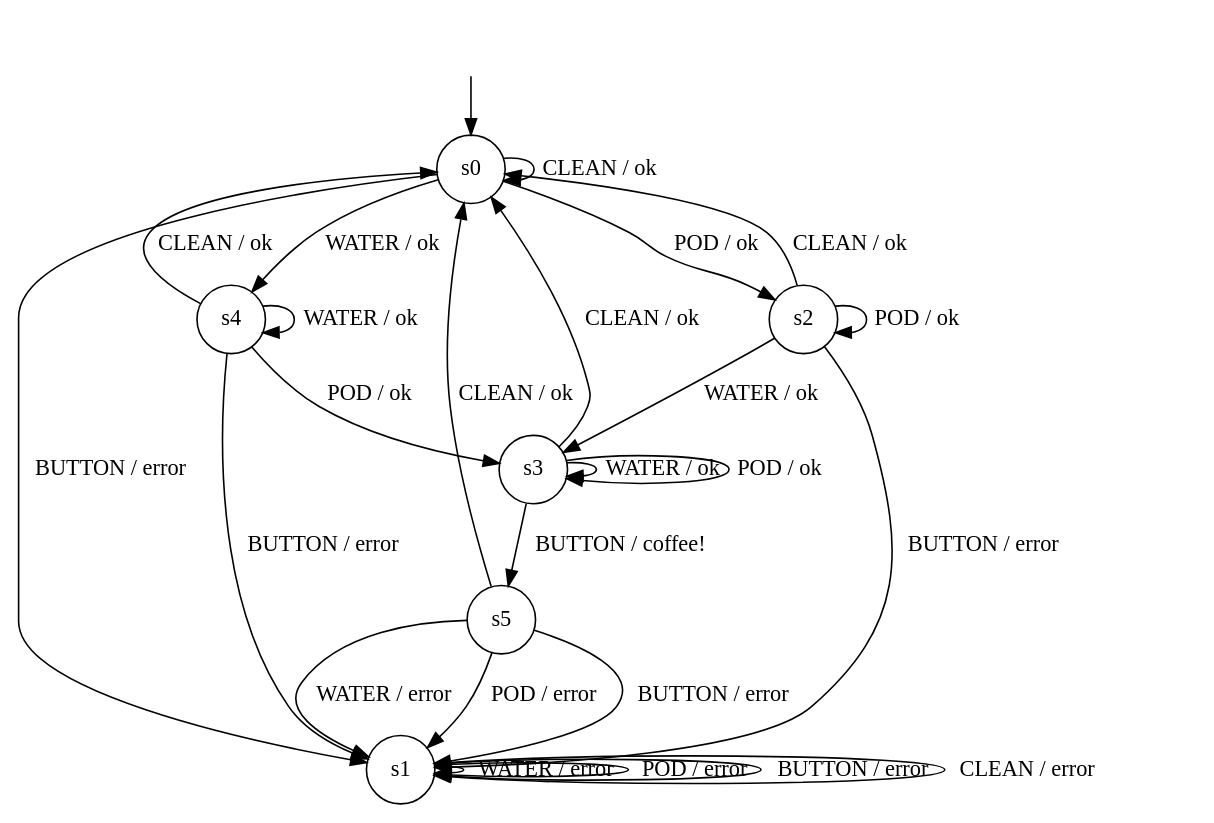
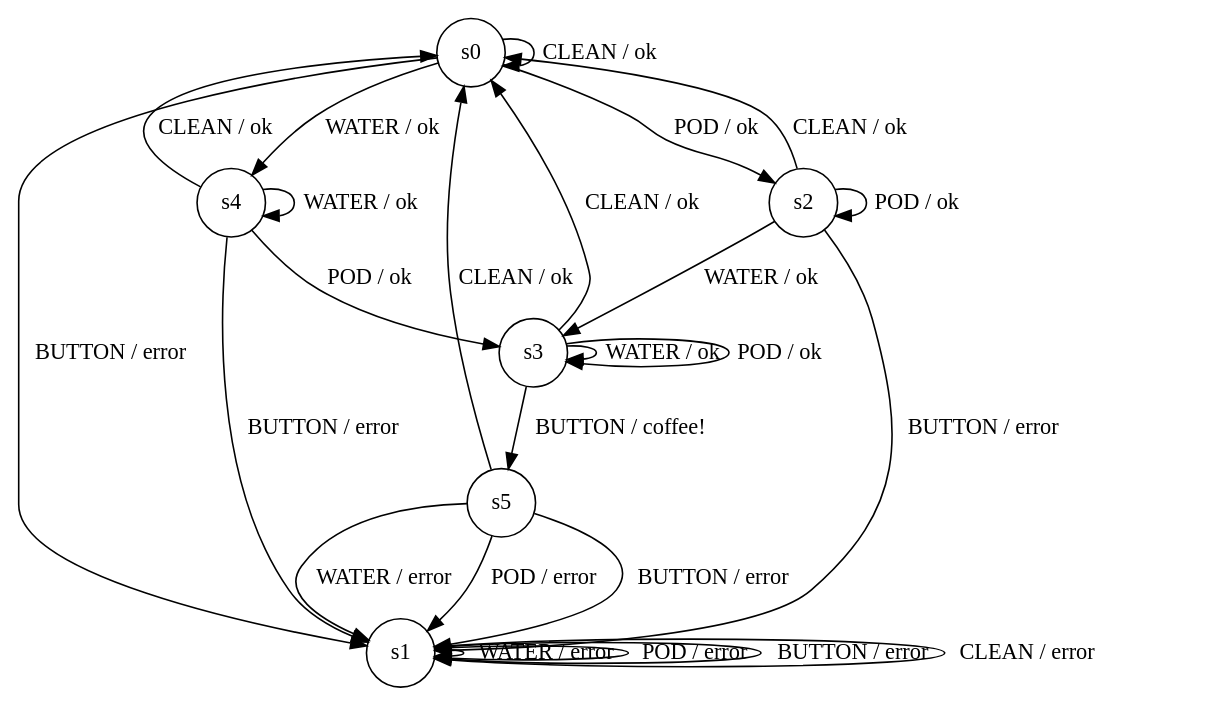
The diagram in coffeeMachineSystem/coffeemachine.dot (Arwa1986/EDSM-vs-Patterns-Learner), drawn with Graphviz before and after one commit. The commit also changed 7 other files, not shown here.

```diff
--- a/coffeeMachineSystem/coffeemachine.dot
+++ b/coffeeMachineSystem/coffeemachine.dot
@@ -1,38 +1,35 @@
 digraph g {
-        __start0 [label="" shape="none"];
-        __start0 -> s0;
-
     	s0 [shape="circle" label="s0"];
     	s1 [shape="circle" label="s1"];
     	s2 [shape="circle" label="s2"];
     	s3 [shape="circle" label="s3"];
     	s4 [shape="circle" label="s4"];
     	s5 [shape="circle" label="s5"];
 
 
     	s0 -> s4 [label="WATER / ok"];
     	s0 -> s2 [label="POD / ok"];
     	s0 -> s1 [label="BUTTON / error"];
     	s0 -> s0 [label="CLEAN / ok"];
     	s1 -> s1 [label="WATER / error"];
     	s1 -> s1 [label="POD / error"];
     	s1 -> s1 [label="BUTTON / error"];
     	s1 -> s1 [label="CLEAN / error"];
     	s2 -> s3 [label="WATER / ok"];
     	s2 -> s2 [label="POD / ok"];
     	s2 -> s1 [label="BUTTON / error"];
     	s2 -> s0 [label="CLEAN / ok"];
     	s3 -> s3 [label="WATER / ok"];
     	s3 -> s3 [label="POD / ok"];
     	s3 -> s5 [label="BUTTON / coffee!"];
     	s3 -> s0 [label="CLEAN / ok"];
     	s4 -> s4 [label="WATER / ok"];
     	s4 -> s3 [label="POD / ok"];
     	s4 -> s1 [label="BUTTON / error"];
     	s4 -> s0 [label="CLEAN / ok"];
     	s5 -> s1 [label="WATER / error"];
     	s5 -> s1 [label="POD / error"];
     	s5 -> s1 [label="BUTTON / error"];
     	s5 -> s0 [label="CLEAN / ok"];
 
     }
```
